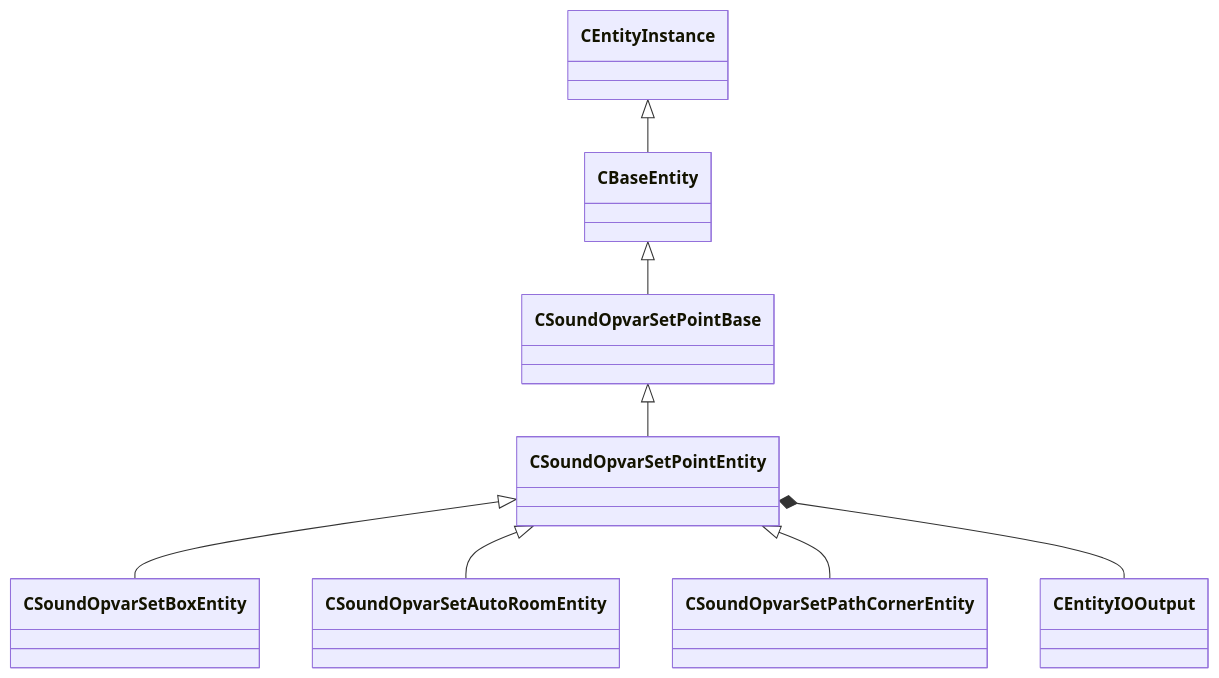
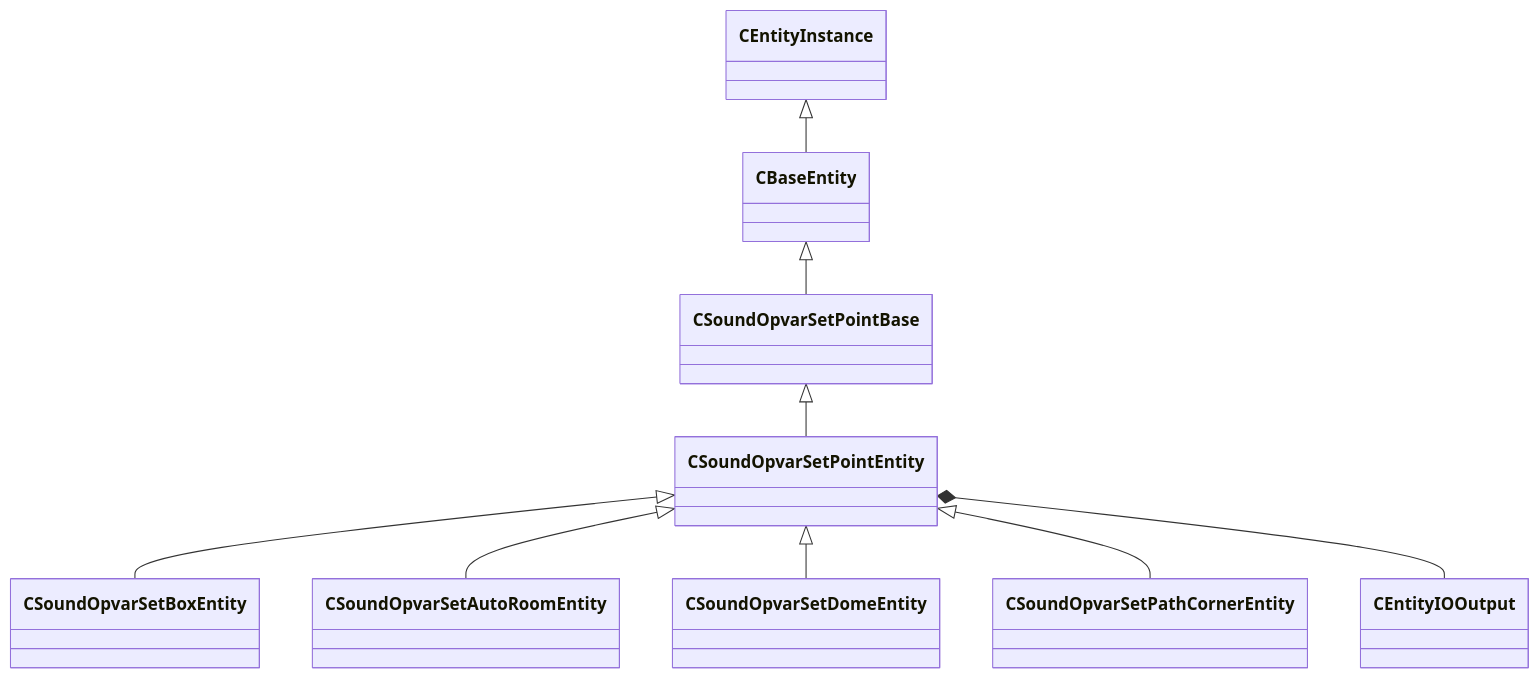
Before and after one commit to CS2OpenDev/CS2OpenDev-Docs: the diagram in docs/generated/schemas/server/CSoundOpvarSetPointEntity.md, drawn with Mermaid. The commit also changed other lines of this file and 4654 other files, not shown here.

Commit message:
docs: regenerate for SchemaTracker build 25947352 [skip ci]

````diff
--- a/docs/generated/schemas/server/CSoundOpvarSetPointEntity.md
+++ b/docs/generated/schemas/server/CSoundOpvarSetPointEntity.md
@@ -21,10 +21,11 @@
 ```mermaid
 classDiagram
     CSoundOpvarSetPointBase <|-- CSoundOpvarSetPointEntity
     CBaseEntity <|-- CSoundOpvarSetPointBase
     CEntityInstance <|-- CBaseEntity
     CSoundOpvarSetPointEntity <|-- CSoundOpvarSetBoxEntity
     CSoundOpvarSetPointEntity <|-- CSoundOpvarSetAutoRoomEntity
+    CSoundOpvarSetPointEntity <|-- CSoundOpvarSetDomeEntity
     CSoundOpvarSetPointEntity <|-- CSoundOpvarSetPathCornerEntity
     CSoundOpvarSetPointEntity *-- CEntityIOOutput
 ```
````
